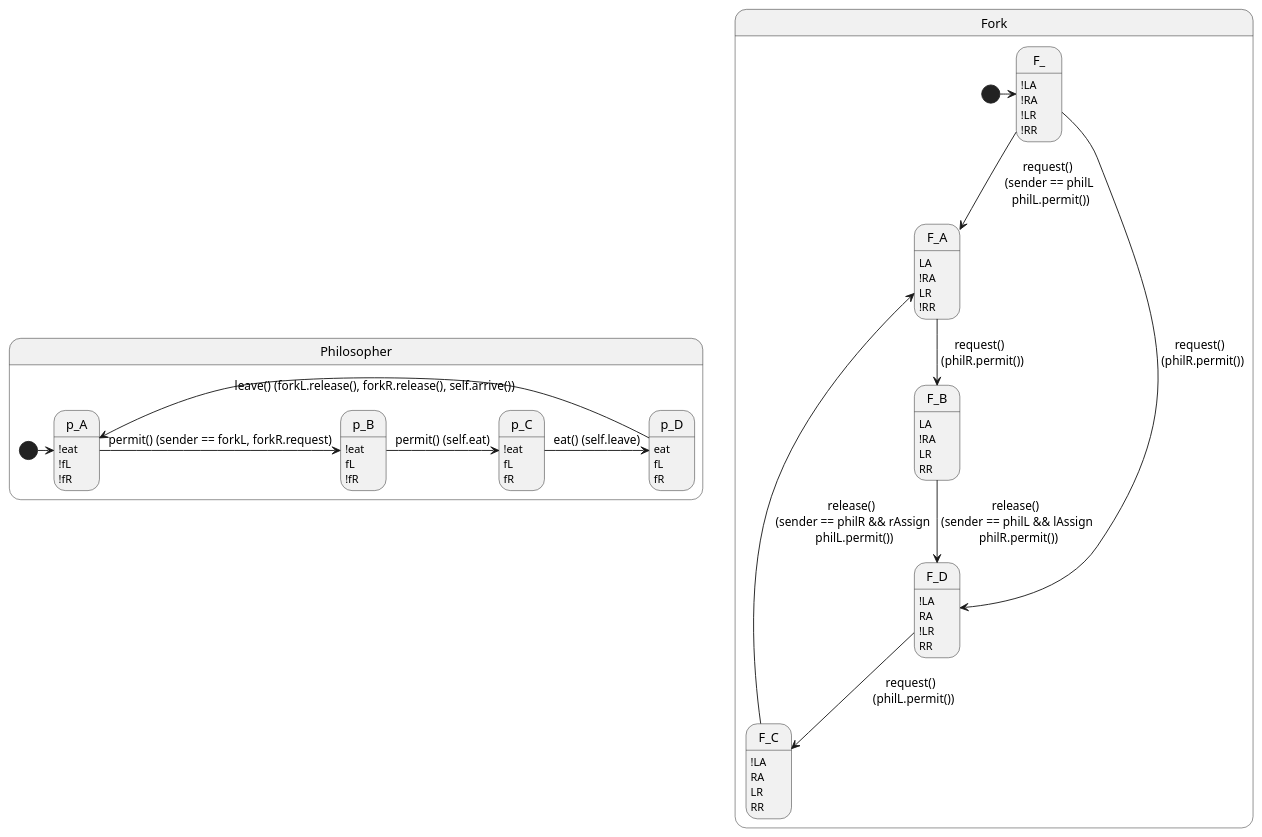
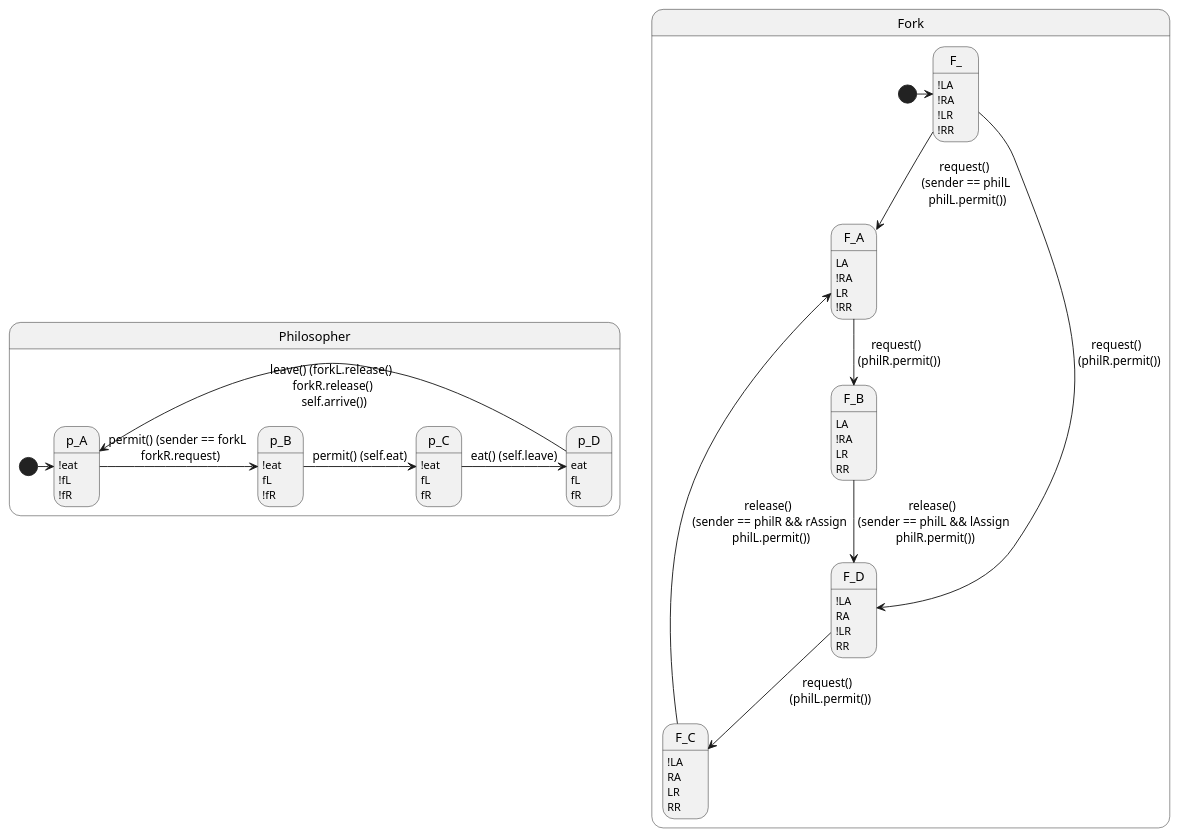
Before and after one commit to gnowin/UML-To-Rebecca-Dataset: the diagram in ModelTranslations/DiningPhilosophers/DiningPhilosophers.plantuml, drawn with PlantUML.

Commit message:
philosophers changed comma to \n

```diff
--- a/ModelTranslations/DiningPhilosophers/DiningPhilosophers.plantuml
+++ b/ModelTranslations/DiningPhilosophers/DiningPhilosophers.plantuml
@@ -1,79 +1,79 @@
 @startuml
 
 hide empty description
 
 state Philosopher{
 
 State p_A : !eat
 State p_A : !fL
 State p_A : !fR
 
 State p_B : !eat
 State p_B : fL
 State p_B : !fR
 
 State p_C : !eat
 State p_C : fL
 State p_C : fR
 
 State p_D : eat
 State p_D : fL
 State p_D : fR
 
 [*] -> p_A
 
-p_A -> p_B : permit() (sender == forkL, forkR.request)
+p_A -> p_B : permit() (sender == forkL \n forkR.request)
 
 p_B -> p_C : permit() (self.eat)
 
 p_C -> p_D : eat() (self.leave)
 
-p_D -> p_A : leave() (forkL.release(), forkR.release(), self.arrive())
+p_D -> p_A : leave() (forkL.release() \n forkR.release() \n self.arrive())
 
 }
 
 state Fork{
 
 State F_ : !LA
 State F_ : !RA
 State F_ : !LR
 State F_ : !RR
 
 State F_A : LA
 State F_A : !RA
 State F_A : LR
 State F_A : !RR
 
 State F_B : LA
 State F_B : !RA
 
 State F_B : LR
 State F_B : RR
 
 State F_C : !LA
 State F_C : RA
 State F_C : LR
 State F_C : RR
 
 State F_D : !LA
 State F_D : RA
 State F_D : !LR
 State F_D : RR
 
 [*] -> F_
 
 F_ --> F_A : request() \n (sender == philL \n philL.permit())
 
 F_ --> F_D : request() \n (philR.permit())
 
 F_A --> F_B : request() \n (philR.permit())
 
 F_B --> F_D : release() \n (sender == philL && lAssign \n philR.permit())
 
 F_D --> F_C : request() \n (philL.permit())
 
 F_C --> F_A : release() \n (sender == philR && rAssign \n philL.permit())
 
 }
 
 @enduml 
```
